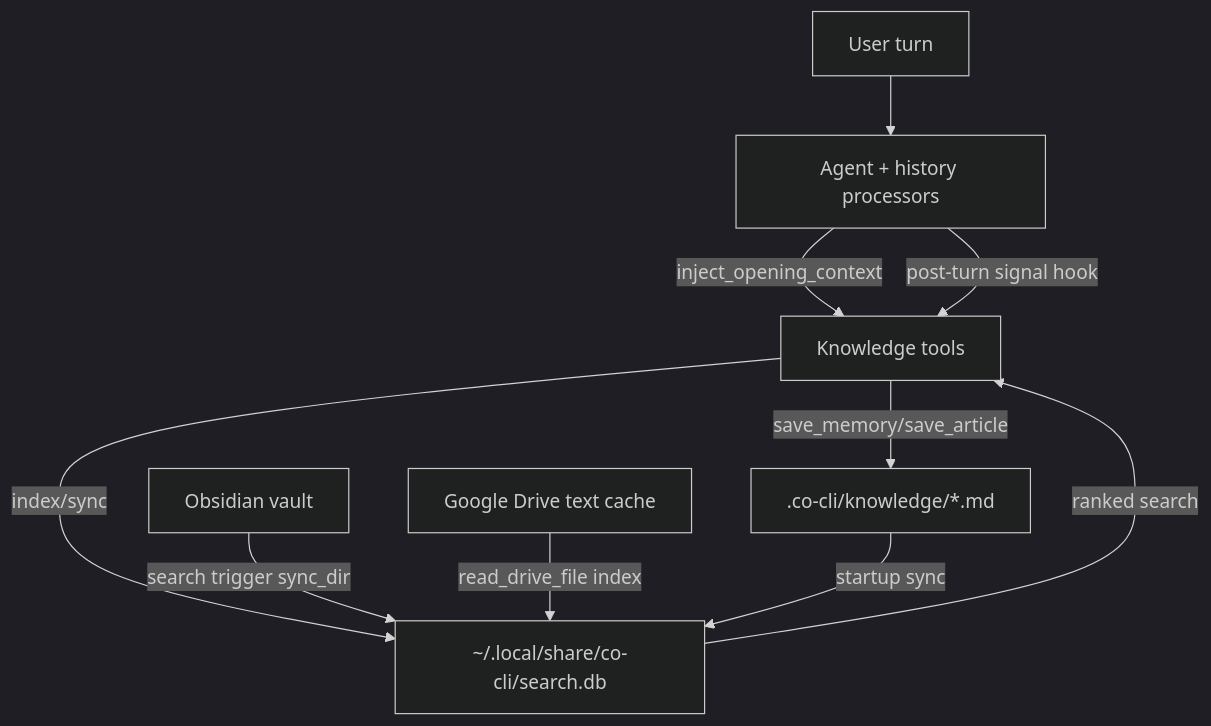
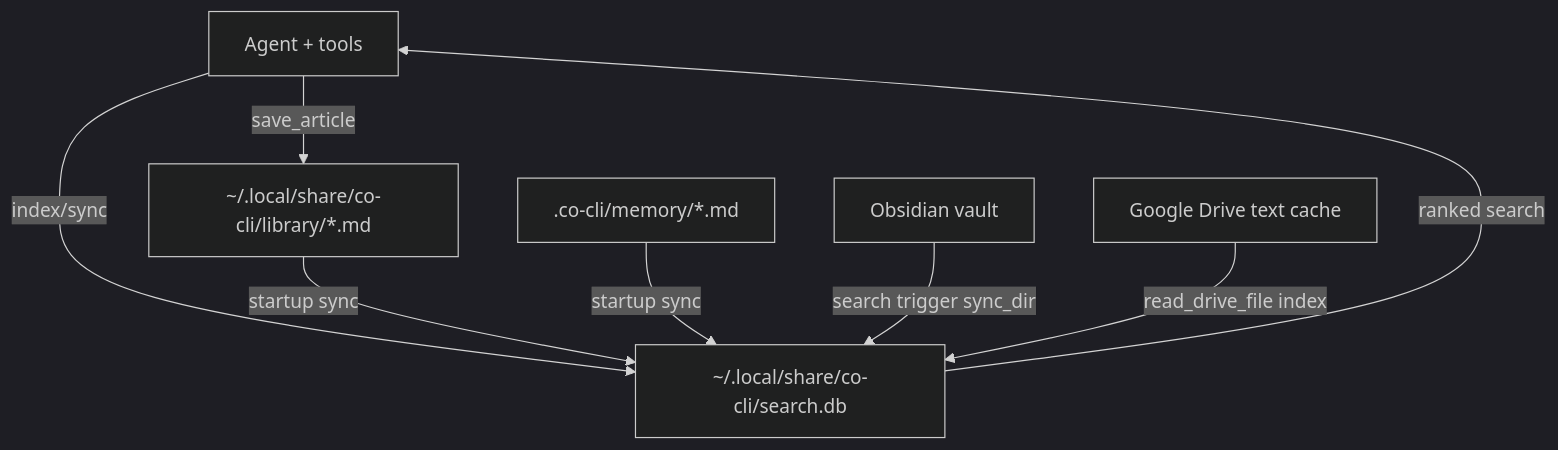
Before and after one commit to binlecode/co-cli: the diagram in docs/DESIGN-knowledge.md, drawn with Mermaid (dark theme). The commit also changed other lines of this file and 46 other files, not shown here.

First line of the commit message:
wip: wakeup preflight gate + knowledge hybrid search + memory/doc alignment

````diff
--- a/docs/DESIGN-knowledge.md
+++ b/docs/DESIGN-knowledge.md
@@ -7,23 +9,20 @@
 ```mermaid
 graph TD
-    UserTurn[User turn]
-    Agent[Agent + history processors]
-    Tools[Knowledge tools]
-    KDir[.co-cli/knowledge/*.md]
+    Agent[Agent + tools]
+    LibDir[~/.local/share/co-cli/library/*.md]
     KDB[~/.local/share/co-cli/search.db]
     Obs[Obsidian vault]
     Drive[Google Drive text cache]
+    MemDir[.co-cli/memory/*.md]
 
-    UserTurn --> Agent
-    Agent -->|inject_opening_context| Tools
-    Agent -->|post-turn signal hook| Tools
+    Agent -->|save_article| LibDir
+    Agent -->|index/sync| KDB
 
-    Tools -->|save_memory/save_article| KDir
-    Tools -->|index/sync| KDB
+    LibDir -->|startup sync| KDB
+    MemDir -->|startup sync| KDB
 
     Obs -->|search trigger sync_dir| KDB
     Drive -->|read_drive_file index| KDB
 
-    KDir -->|startup sync| KDB
-    KDB -->|ranked search| Tools
+    KDB -->|ranked search| Agent
 ```
````
